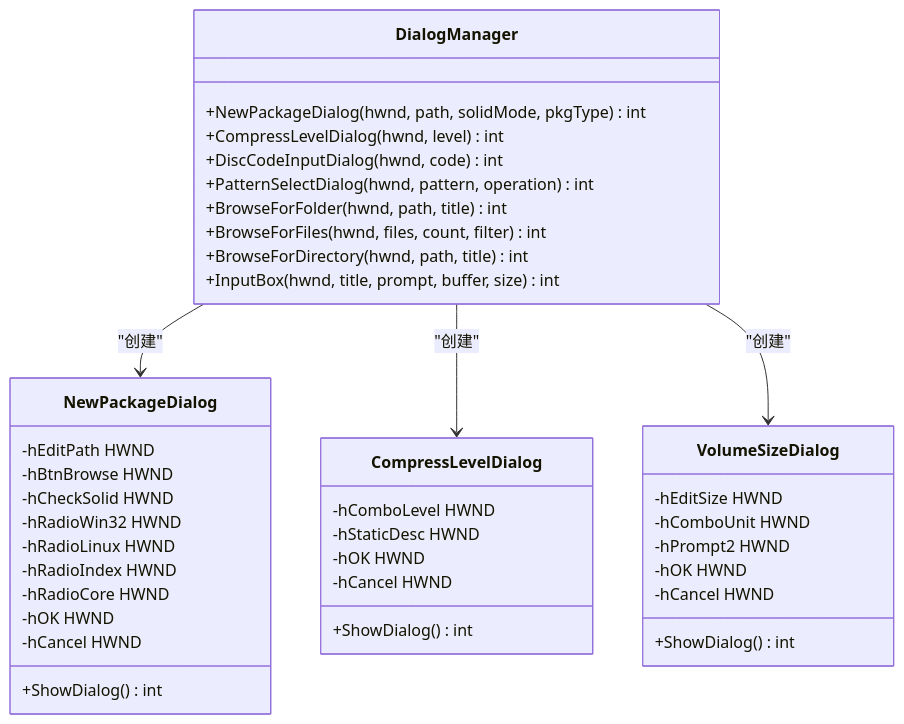
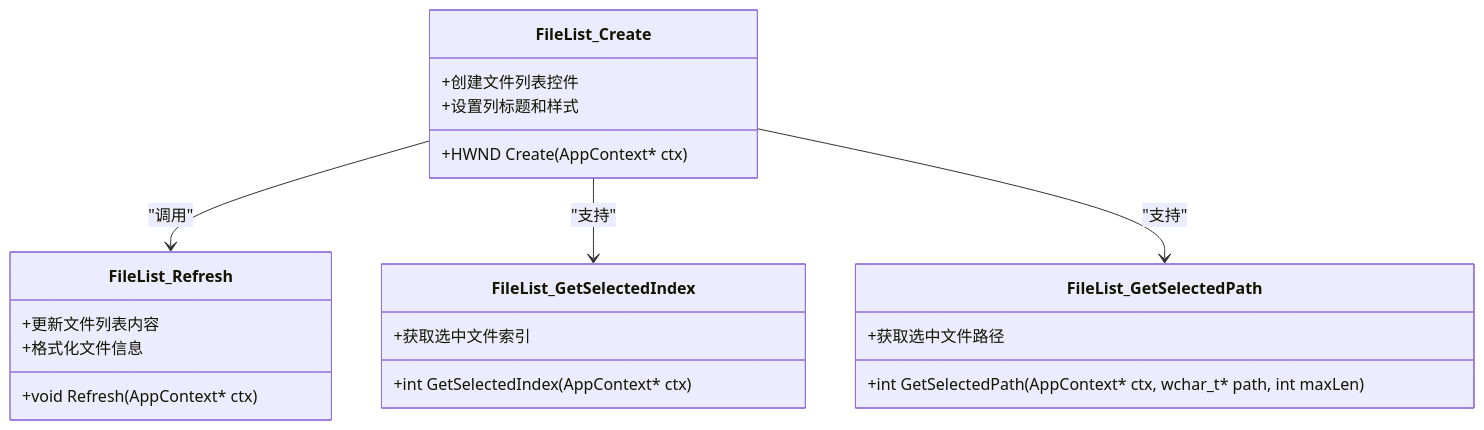
One commit to xywhsoft/xpack changed the sixth of 15 diagrams in .qoder/repowiki/zh/content/开发者指南/xpkgui 图形界面工具.md. Above: the diagram before and after it, drawn with Mermaid. The commit also changed other lines of this file and 14 other files, not shown here.

````diff
--- a/.qoder/repowiki/zh/content/开发者指南/xpkgui 图形界面工具.md
+++ b/.qoder/repowiki/zh/content/开发者指南/xpkgui 图形界面工具.md
@@ -335,43 +335,24 @@
 ```mermaid
 classDiagram
-class DialogManager {
-+NewPackageDialog(hwnd, path, solidMode, pkgType) int
-+CompressLevelDialog(hwnd, level) int
-+DiscCodeInputDialog(hwnd, code) int
-+PatternSelectDialog(hwnd, pattern, operation) int
-+BrowseForFolder(hwnd, path, title) int
-+BrowseForFiles(hwnd, files, count, filter) int
-+BrowseForDirectory(hwnd, path, title) int
-+InputBox(hwnd, title, prompt, buffer, size) int
+class FileList_Create {
++HWND Create(AppContext* ctx)
++创建文件列表控件
++设置列标题和样式
 }
-class NewPackageDialog {
--hEditPath HWND
--hBtnBrowse HWND
--hCheckSolid HWND
--hRadioWin32 HWND
--hRadioLinux HWND
--hRadioIndex HWND
--hRadioCore HWND
--hOK HWND
--hCancel HWND
-+ShowDialog() int
+class FileList_Refresh {
++void Refresh(AppContext* ctx)
++更新文件列表内容
++格式化文件信息
 }
-class CompressLevelDialog {
--hComboLevel HWND
--hStaticDesc HWND
--hOK HWND
--hCancel HWND
-+ShowDialog() int
+class FileList_GetSelectedIndex {
++int GetSelectedIndex(AppContext* ctx)
++获取选中文件索引
 }
-class VolumeSizeDialog {
--hEditSize HWND
--hComboUnit HWND
--hPrompt2 HWND
--hOK HWND
--hCancel HWND
-+ShowDialog() int
+class FileList_GetSelectedPath {
++int GetSelectedPath(AppContext* ctx, wchar_t* path, int maxLen)
++获取选中文件路径
 }
-DialogManager --> NewPackageDialog : "创建"
-DialogManager --> CompressLevelDialog : "创建"
-DialogManager --> VolumeSizeDialog : "创建"
+FileList_Create --> FileList_Refresh : "调用"
+FileList_Create --> FileList_GetSelectedIndex : "支持"
+FileList_Create --> FileList_GetSelectedPath : "支持"
 ```
````
